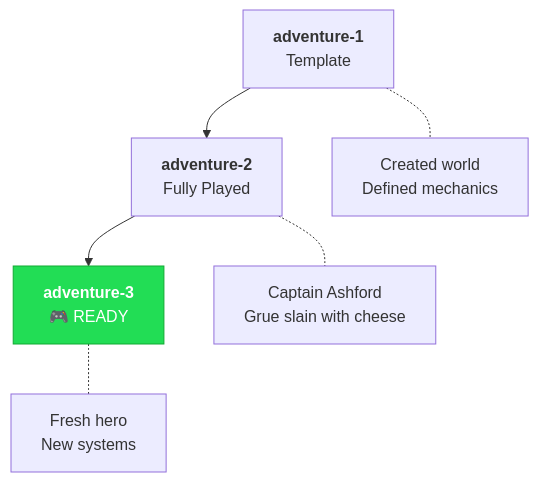
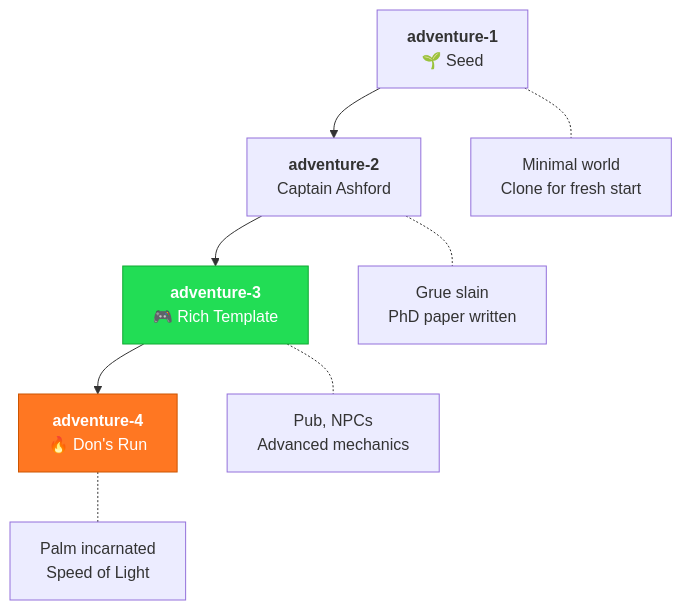
One commit to pragsmike/moollm changed the second of 2 diagrams in README.md. Above: the diagram before and after it, drawn with Mermaid. The commit also changed other lines of this file and 3 other files, not shown here.

First line of the commit message:
📚 Update docs: adventure-1 as seed, add adventure-4

````diff
--- a/README.md
+++ b/README.md
@@ -1056,11 +1057,14 @@
 ```mermaid
 graph TD
-    A1["<b>adventure‑1</b><br/>Template"] --> A2["<b>adventure‑2</b><br/>Fully Played"]
-    A2 --> A3["<b>adventure‑3</b><br/>🎮 READY"]
+    A1["<b>adventure‑1</b><br/>🌱 Seed"] --> A2["<b>adventure‑2</b><br/>Captain Ashford"]
+    A2 --> A3["<b>adventure‑3</b><br/>🎮 Rich Template"]
+    A3 --> A4["<b>adventure‑4</b><br/>🔥 Don's Run"]
     
-    A1 -.- N1["Created world<br/>Defined mechanics"]
-    A2 -.- N2["Captain Ashford<br/>Grue slain with cheese"]
-    A3 -.- N3["Fresh hero<br/>New systems"]
+    A1 -.- N1["Minimal world<br/>Clone for fresh start"]
+    A2 -.- N2["Grue slain<br/>PhD paper written"]
+    A3 -.- N3["Pub, NPCs<br/>Advanced mechanics"]
+    A4 -.- N4["Palm incarnated<br/>Speed of Light"]
     
     style A3 fill:#2d5,stroke:#1a3,color:#fff
+    style A4 fill:#f72,stroke:#c50,color:#fff
 ```
````
